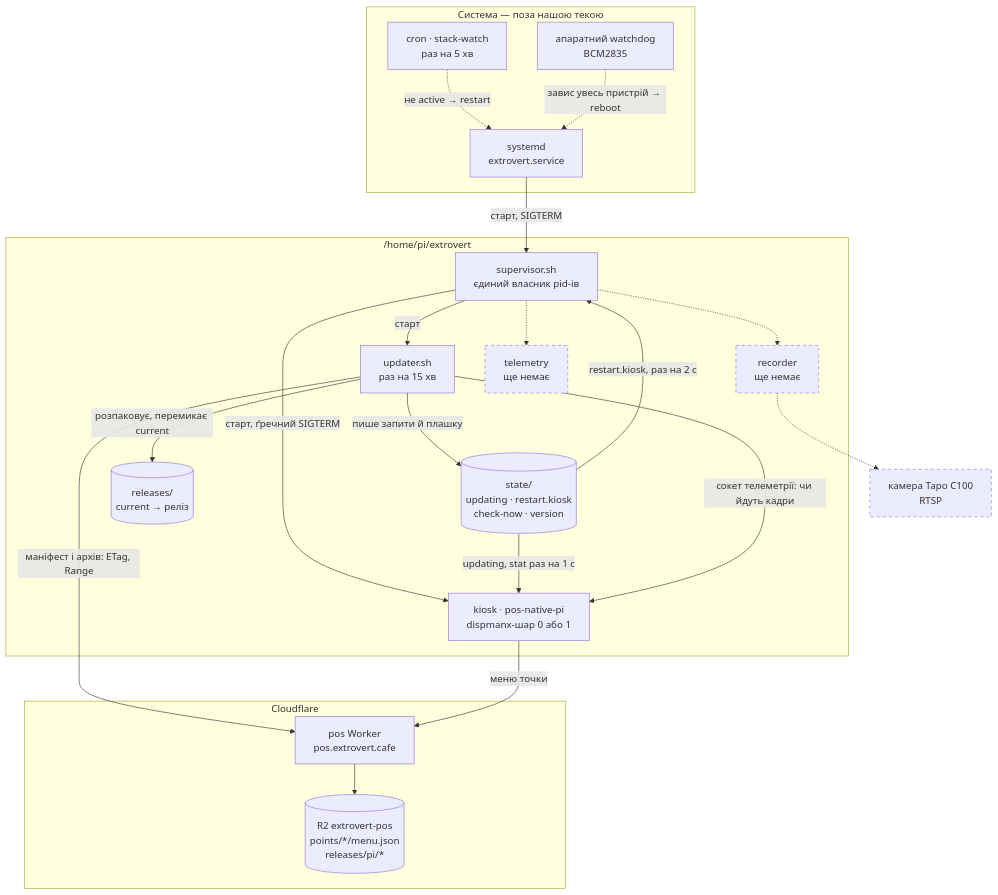
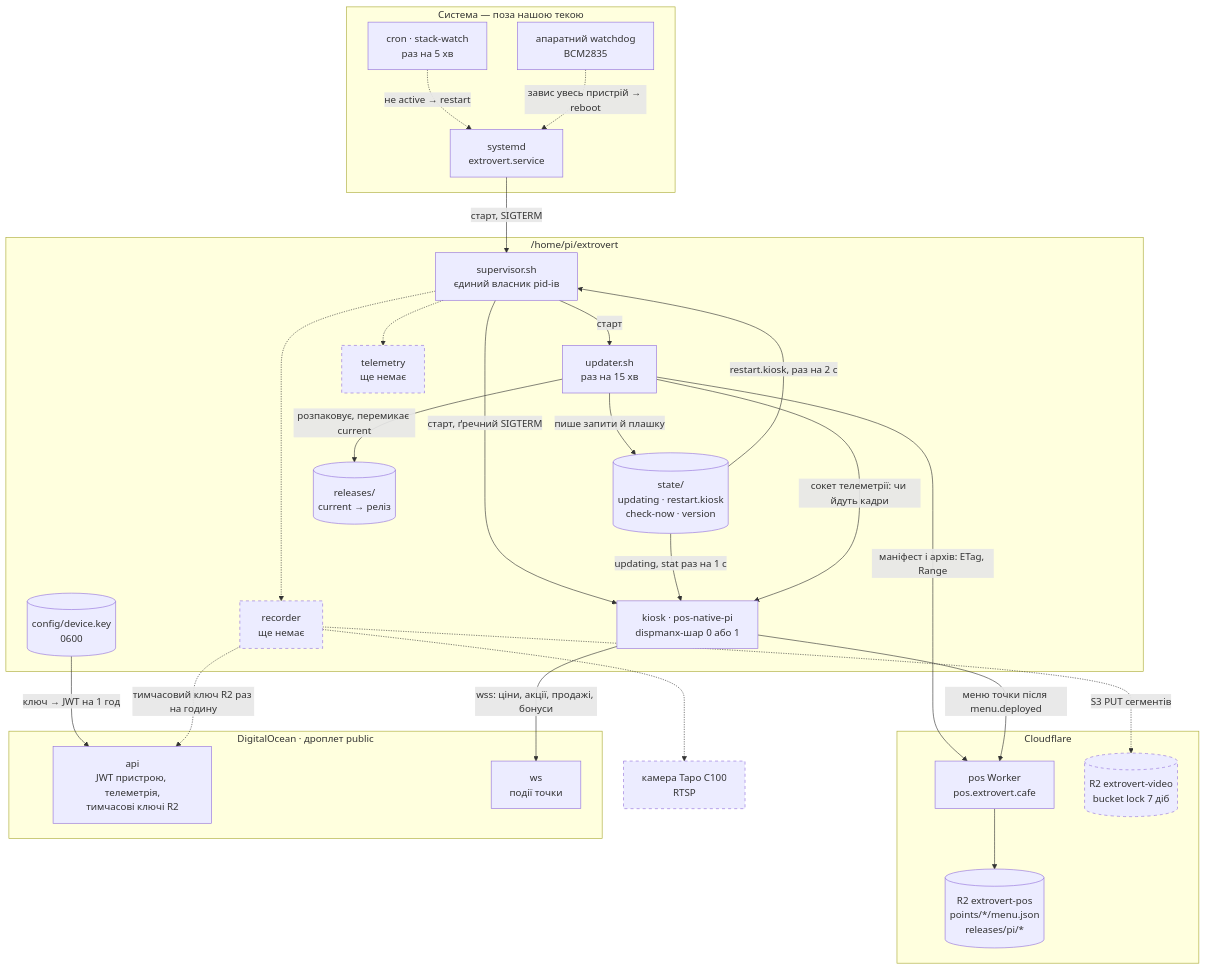
Before and after one commit to arsengoian/extrovert.cafe: the first of 2 diagrams in docs/raspberry-pi.md, drawn with Mermaid. The commit also changed other lines of this file and 10 other files, not shown here.

````diff
--- a/docs/raspberry-pi.md
+++ b/docs/raspberry-pi.md
@@ -66,44 +66,55 @@
 ```mermaid
 graph TB
   subgraph sys["Система — поза нашою текою"]
     systemd["systemd<br/>extrovert.service"]
     cron["cron · stack-watch<br/>раз на 5 хв"]
     wdog["апаратний watchdog<br/>BCM2835"]
   end
 
   subgraph root["/home/pi/extrovert"]
     sup["supervisor.sh<br/>єдиний власник pid-ів"]
     kiosk["kiosk · pos-native-pi<br/>dispmanx-шар 0 або 1"]
     upd["updater.sh<br/>раз на 15 хв"]
     rec["recorder<br/>ще немає"]:::planned
     tel["telemetry<br/>ще немає"]:::planned
     state[("state/<br/>updating · restart.kiosk<br/>check-now · version")]
     rels[("releases/<br/>current → реліз")]
+    key[("config/device.key<br/>0600")]
   end
 
   subgraph cf["Cloudflare"]
     worker["pos Worker<br/>pos.extrovert.cafe"]
     r2[("R2 extrovert-pos<br/>points/*/menu.json<br/>releases/pi/*")]
+    r2v[("R2 extrovert-video<br/>bucket lock 7 діб")]:::planned
+  end
+
+  subgraph dop["DigitalOcean · дроплет public"]
+    api["api<br/>JWT пристрою, телеметрія,<br/>тимчасові ключі R2"]
+    ws["ws<br/>події точки"]
   end
 
   cam["камера Tapo C100<br/>RTSP"]:::planned
 
   systemd -- "старт, SIGTERM" --> sup
   cron -. "не active → restart" .-> systemd
   wdog -. "завис увесь пристрій → reboot" .-> systemd
   sup -- "старт, ґречний SIGTERM" --> kiosk
   sup -- "старт" --> upd
   sup -.-> rec
   sup -.-> tel
   upd -- "пише запити й плашку" --> state
   state -- "restart.kiosk, раз на 2 с" --> sup
   state -- "updating, stat раз на 1 с" --> kiosk
   upd -- "сокет телеметрії: чи йдуть кадри" --> kiosk
   upd -- "маніфест і архів: ETag, Range" --> worker
-  kiosk -- "меню точки" --> worker
+  kiosk -- "меню точки після menu.deployed" --> worker
   worker --> r2
   upd -- "розпаковує, перемикає current" --> rels
+  key -- "ключ → JWT на 1 год" --> api
+  kiosk -- "wss: ціни, акції, продажі, бонуси" --> ws
+  rec -. "тимчасовий ключ R2 раз на годину" .-> api
+  rec -. "S3 PUT сегментів" .-> r2v
   rec -.-> cam
 
   classDef planned stroke-dasharray: 5 5
 ```
````
